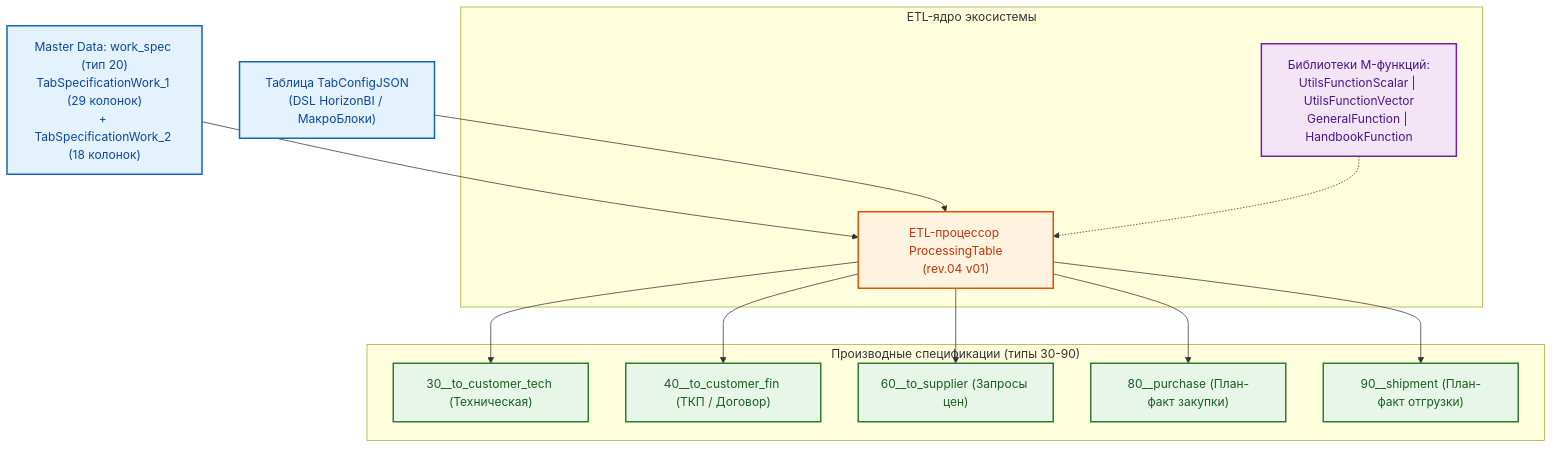
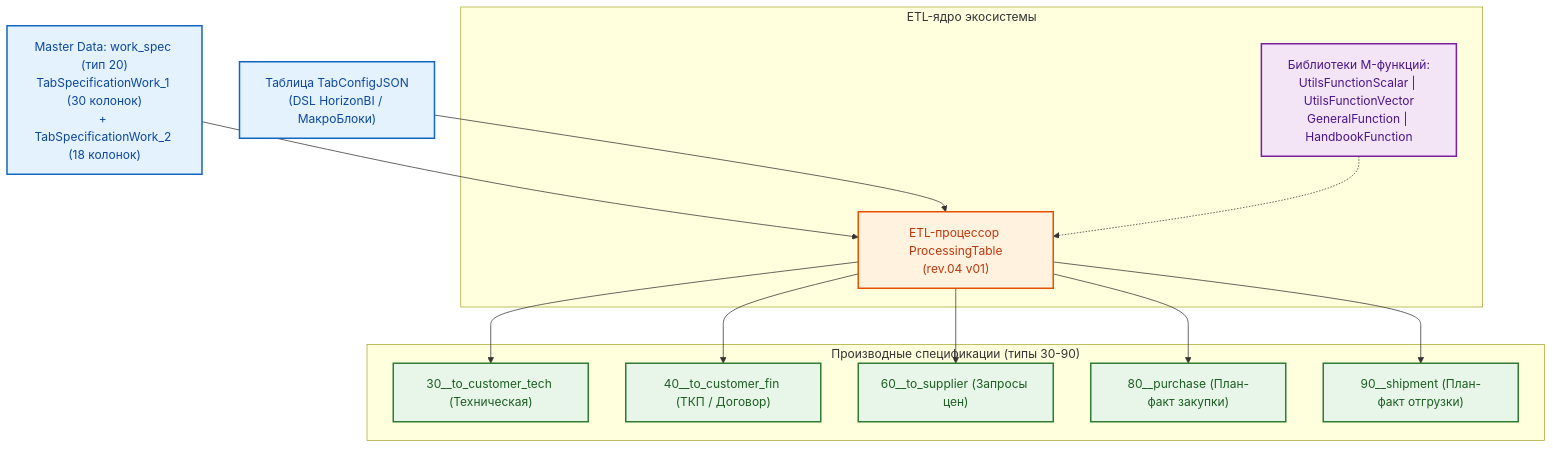
The first of 2 diagrams in README.md (Konkery/Project-1_2026-N2-MAS), drawn with Mermaid before and after one commit. The commit also changed other lines of this file and 4 other files, not shown here.

Commit message:
feat(spec): внедрение столбца №26 COST PRICE VAT  и обновление шаблона work spec до rev.04 v03

````diff
--- a/README.md
+++ b/README.md
@@ -24,28 +24,28 @@
 ```mermaid
 flowchart TD
     classDef master fill:#E3F2FD,stroke:#1565C0,stroke-width:2px,color:#0D47A1;
     classDef etl fill:#FFF3E0,stroke:#E65100,stroke-width:2px,color:#BF360C;
     classDef deriv fill:#E8F5E9,stroke:#2E7D32,stroke-width:2px,color:#1B5E20;
     classDef lib fill:#F3E5F5,stroke:#7B1FA2,stroke-width:2px,color:#4A148C;
 
-    Master["Master Data: work_spec (тип 20)<br/>TabSpecificationWork_1 (29 колонок)<br/>+ TabSpecificationWork_2 (18 колонок)"]:::master
+    Master["Master Data: work_spec (тип 20)<br/>TabSpecificationWork_1 (30 колонок)<br/>+ TabSpecificationWork_2 (18 колонок)"]:::master
     Config["Таблица TabConfigJSON<br/>(DSL HorizonBI / МакроБлоки)"]:::master
 
     subgraph CoreEngine ["ETL-ядро экосистемы"]
         Processor["ETL-процессор ProcessingTable<br/>(rev.04 v01)"]:::etl
         Libs["Библиотеки M-функций:<br/>UtilsFunctionScalar | UtilsFunctionVector<br/>GeneralFunction | HandbookFunction"]:::lib
     end
 
     subgraph Outputs ["Производные спецификации (типы 30-90)"]
         CustTech["30__to_customer_tech (Техническая)"]:::deriv
         CustFin["40__to_customer_fin (ТКП / Договор)"]:::deriv
         Supplier["60__to_supplier (Запросы цен)"]:::deriv
         Purchase["80__purchase (План-факт закупки)"]:::deriv
         Shipment["90__shipment (План-факт отгрузки)"]:::deriv
     end
 
     Master --> Processor
     Config --> Processor
     Libs -.-> Processor
     Processor --> CustTech & CustFin & Supplier & Purchase & Shipment
 ```
````
